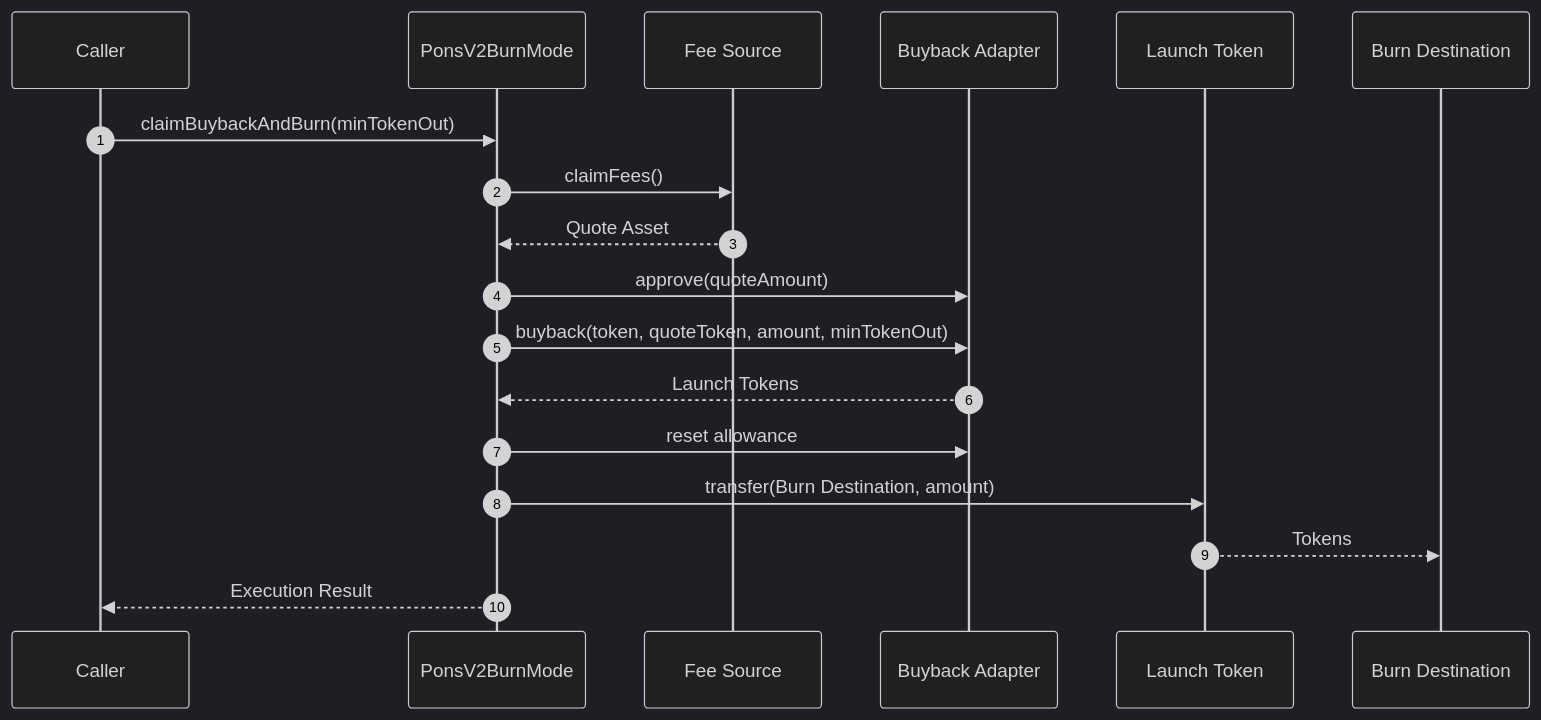
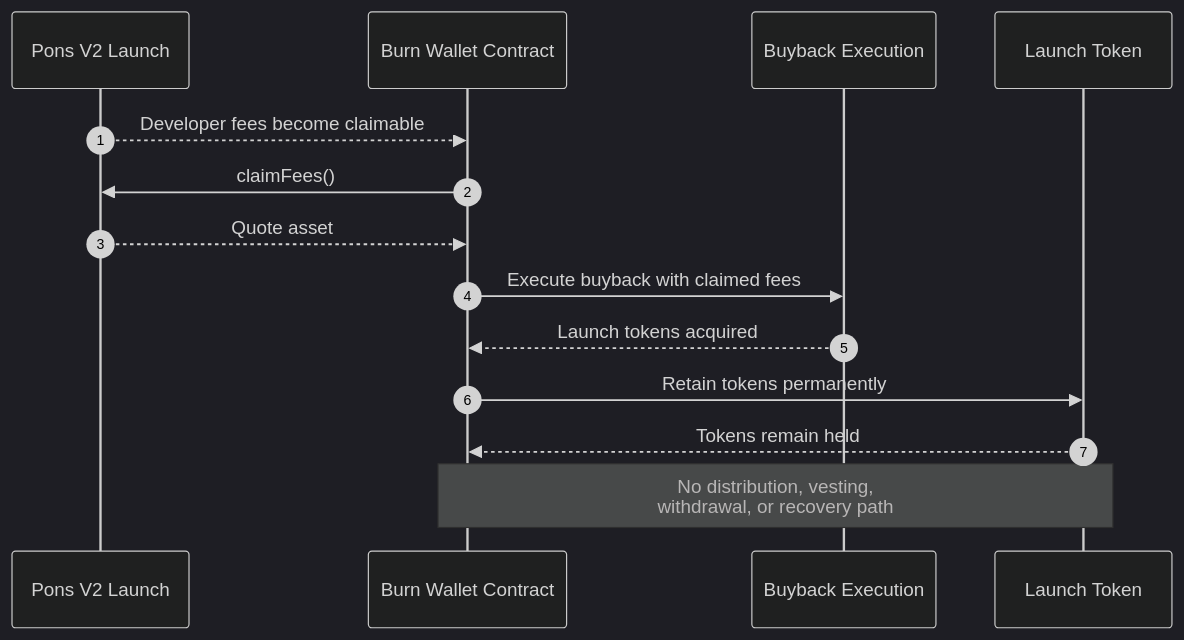
One commit to Horsaeshit/test changed the third of 7 diagrams in README.md. Above: the diagram before and after it, drawn with Mermaid (dark theme). The commit also changed other lines of this file, not shown here.

````diff
--- a/README.md
+++ b/README.md
@@ -100,27 +154,22 @@
 ```mermaid
 sequenceDiagram
     autonumber
-    participant Caller
-    participant BurnMode as PonsV2BurnMode
-    participant Fees as Fee Source
-    participant Router as Buyback Adapter
+
+    participant Launch as Pons V2 Launch
+    participant Burn as Burn Wallet Contract
+    participant Market as Buyback Execution
     participant Token as Launch Token
-    participant Burn as Burn Destination
 
-    Caller->>BurnMode: claimBuybackAndBurn(minTokenOut)
+    Launch-->>Burn: Developer fees become claimable
 
-    BurnMode->>Fees: claimFees()
-    Fees-->>BurnMode: Quote Asset
+    Burn->>Launch: claimFees()
+    Launch-->>Burn: Quote asset
 
-    BurnMode->>Router: approve(quoteAmount)
-    BurnMode->>Router: buyback(token, quoteToken, amount, minTokenOut)
+    Burn->>Market: Execute buyback with claimed fees
+    Market-->>Burn: Launch tokens acquired
 
-    Router-->>BurnMode: Launch Tokens
+    Burn->>Token: Retain tokens permanently
+    Token-->>Burn: Tokens remain held
 
-    BurnMode->>Router: reset allowance
-
-    BurnMode->>Token: transfer(Burn Destination, amount)
-    Token-->>Burn: Tokens
-
-    BurnMode-->>Caller: Execution Result
+    Note over Burn,Token: No distribution, vesting,<br/>withdrawal, or recovery path
 ```
````
